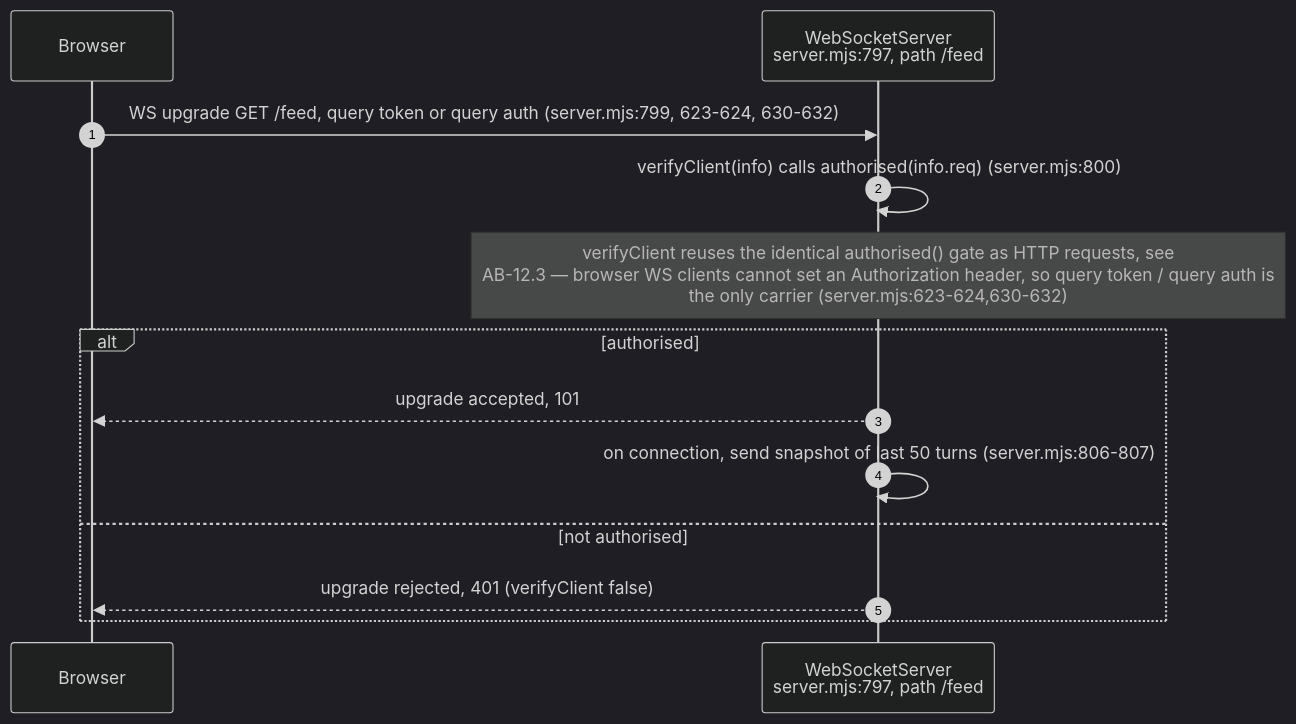
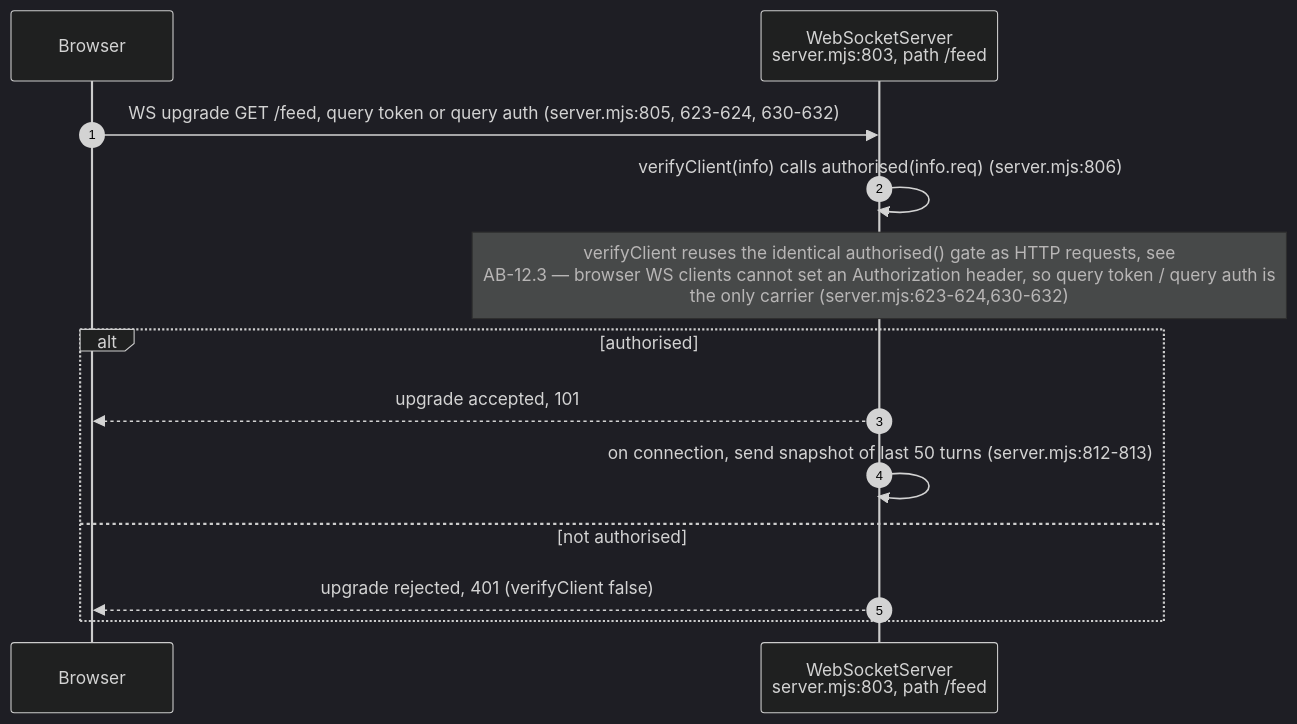
The fourth of 14 diagrams in docs/diagrams/agentbox/12-tab0-bridge-and-interaction-plane.md (DreamLab-AI/VisionFlow), drawn with Mermaid (dark theme) before and after one commit. The commit also changed other lines of this file and 28 other files, not shown here.

````diff
--- a/docs/diagrams/agentbox/12-tab0-bridge-and-interaction-plane.md
+++ b/docs/diagrams/agentbox/12-tab0-bridge-and-interaction-plane.md
@@ -149,16 +150,16 @@
 ```mermaid
 sequenceDiagram
     autonumber
     participant Br as Browser
-    participant WSS as WebSocketServer<br/>server.mjs:797, path /feed
+    participant WSS as WebSocketServer<br/>server.mjs:803, path /feed
 
-    Br->>WSS: WS upgrade GET /feed, query token or query auth (server.mjs:799, 623-624, 630-632)
-    WSS->>WSS: verifyClient(info) calls authorised(info.req) (server.mjs:800)
+    Br->>WSS: WS upgrade GET /feed, query token or query auth (server.mjs:805, 623-624, 630-632)
+    WSS->>WSS: verifyClient(info) calls authorised(info.req) (server.mjs:806)
 Note over WSS: verifyClient reuses the identical authorised() gate as HTTP requests, see<br/>AB-12.3 — browser WS clients cannot set an Authorization header, so query token / query auth is<br/>the only carrier (server.mjs:623-624,630-632)
     alt authorised
         WSS-->>Br: upgrade accepted, 101
-        WSS->>WSS: on connection, send snapshot of last 50 turns (server.mjs:806-807)
+        WSS->>WSS: on connection, send snapshot of last 50 turns (server.mjs:812-813)
     else not authorised
         WSS-->>Br: upgrade rejected, 401 (verifyClient false)
     end
 ```
````
